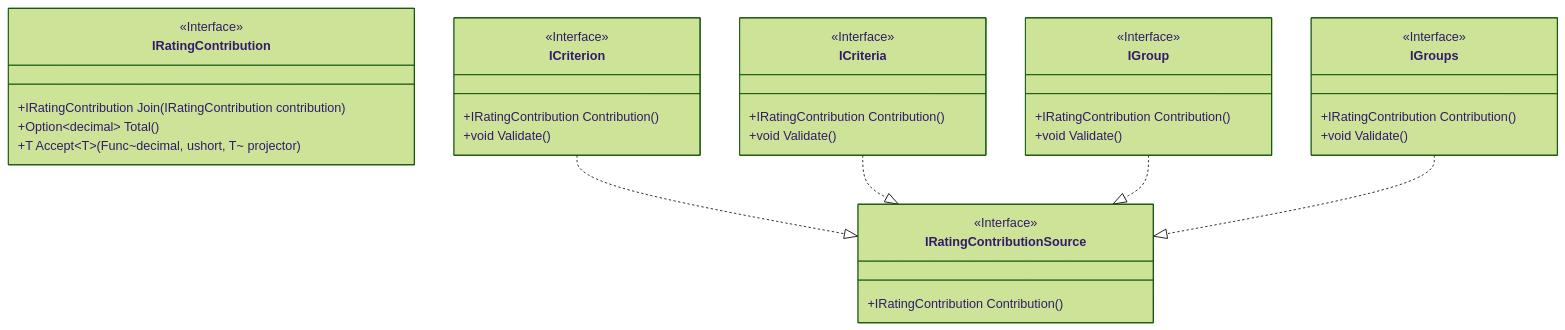
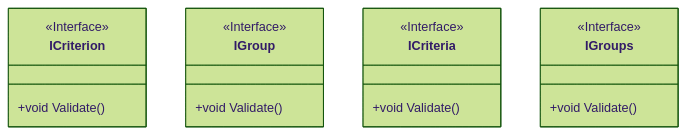
One commit to FredoqCorp/module-evaluations changed the second of 5 diagrams in docs/architecture/form-domain-model.md. Above: the diagram before and after it, drawn with Mermaid (forest theme). The commit also changed other lines of this file and 86 other files, not shown here.

````diff
--- a/docs/architecture/form-domain-model.md
+++ b/docs/architecture/form-domain-model.md
@@ -67,43 +67,22 @@
 ```mermaid
 classDiagram
-    class IRatingContribution {
-        <<Interface>>
-        +IRatingContribution Join(IRatingContribution contribution)
-        +Option~decimal~ Total()
-        +T Accept~T~(Func~decimal, ushort, T~ projector)
-    }
-
-    class IRatingContributionSource {
-        <<Interface>>
-        +IRatingContribution Contribution()
-    }
-
     class ICriterion {
         <<Interface>>
-        +IRatingContribution Contribution()
         +void Validate()
     }
 
     class IGroup {
         <<Interface>>
-        +IRatingContribution Contribution()
         +void Validate()
     }
 
     class ICriteria {
         <<Interface>>
-        +IRatingContribution Contribution()
         +void Validate()
     }
 
     class IGroups {
         <<Interface>>
-        +IRatingContribution Contribution()
         +void Validate()
     }
-
-    ICriterion ..|> IRatingContributionSource
-    ICriteria ..|> IRatingContributionSource
-    IGroup ..|> IRatingContributionSource
-    IGroups ..|> IRatingContributionSource
 ```
````
